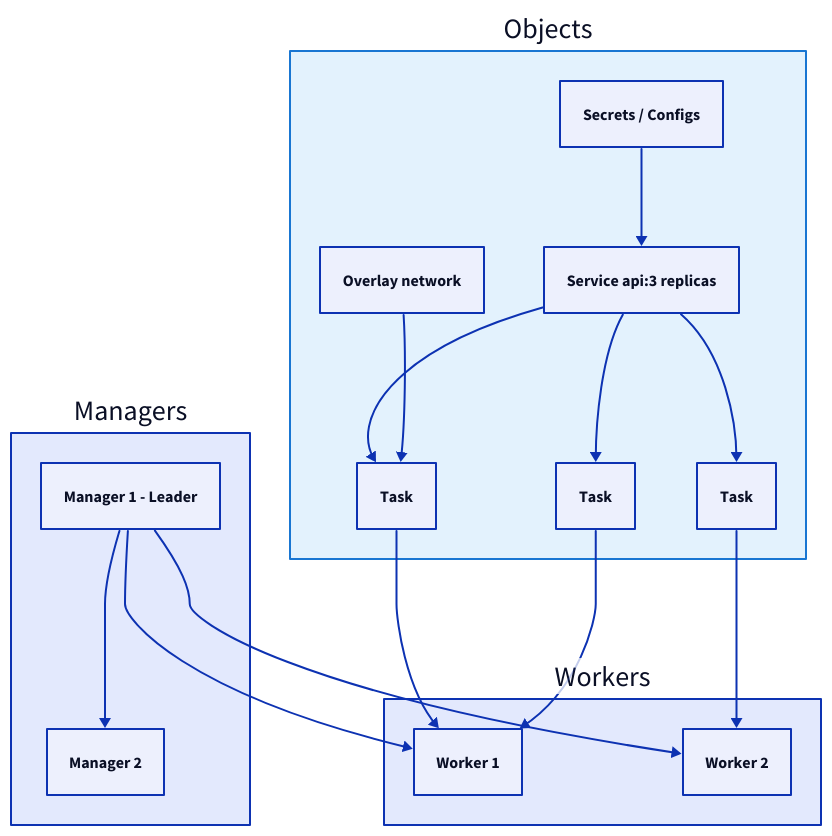
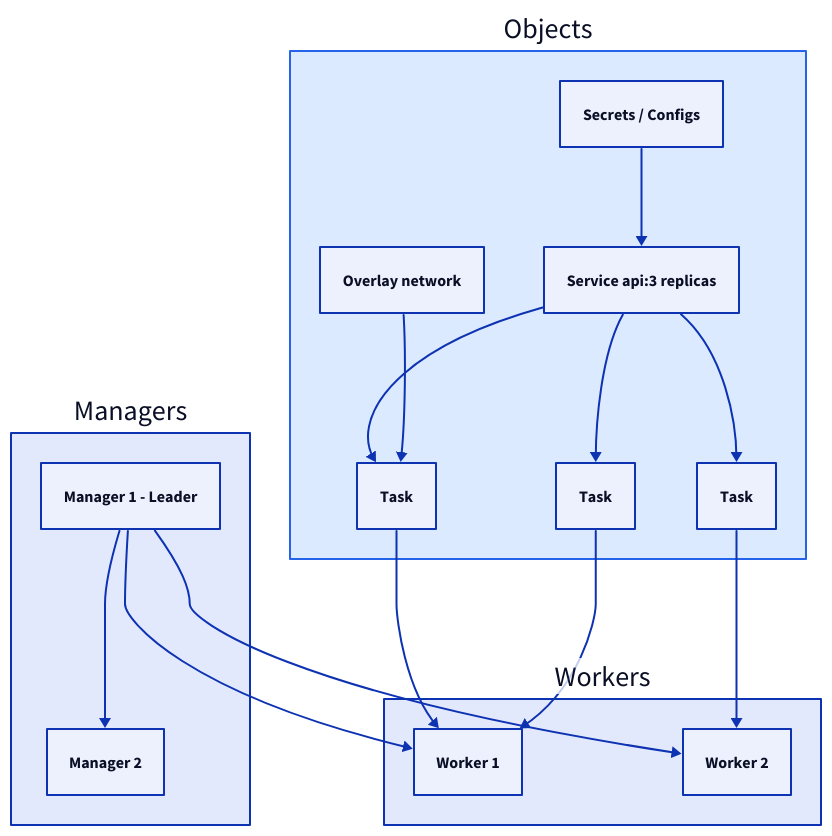
Before and after one commit to rebash-rebash/rebash-academy: the diagram in docs/docker/docker-swarm-orchestration-basics.md, drawn with D2. The commit also changed 177 other files, not shown here.

First line of the commit message:
Ship Terraform track, diagram polish, and new brand favicon.

````diff
--- a/docs/docker/docker-swarm-orchestration-basics.md
+++ b/docs/docker/docker-swarm-orchestration-basics.md
@@ -49,35 +49,35 @@
 ```d2
 direction: down
 
 Managers: Managers {
         M1: "Manager 1 - Leader"
         M2: "Manager 2"
     }
     Workers: Workers {
         W1: "Worker 1"
         W2: "Worker 2"
     }
     Swarm: Objects {
       style: {
-        fill: "#e3f2fd"
-        stroke: "#1976d2"
+        fill: "#dbeafe"
+        stroke: "#2563eb"
       }
         SVC: "Service api:3 replicas"
         T1: Task
         T2: Task
         T3: Task
         NET: "Overlay network"
         SEC: "Secrets / Configs"
     }
     Managers.M1 -> Managers.M2
     Managers.M1 -> Workers.W1
     Managers.M1 -> Workers.W2
     Swarm.SVC -> Swarm.T1
     Swarm.SVC -> Swarm.T2
     Swarm.SVC -> Swarm.T3
     Swarm.T1 -> Workers.W1
     Swarm.T2 -> Workers.W2
     Swarm.T3 -> Workers.W1
     Swarm.NET -> Swarm.T1
     Swarm.SEC -> Swarm.SVC
 ```
````
